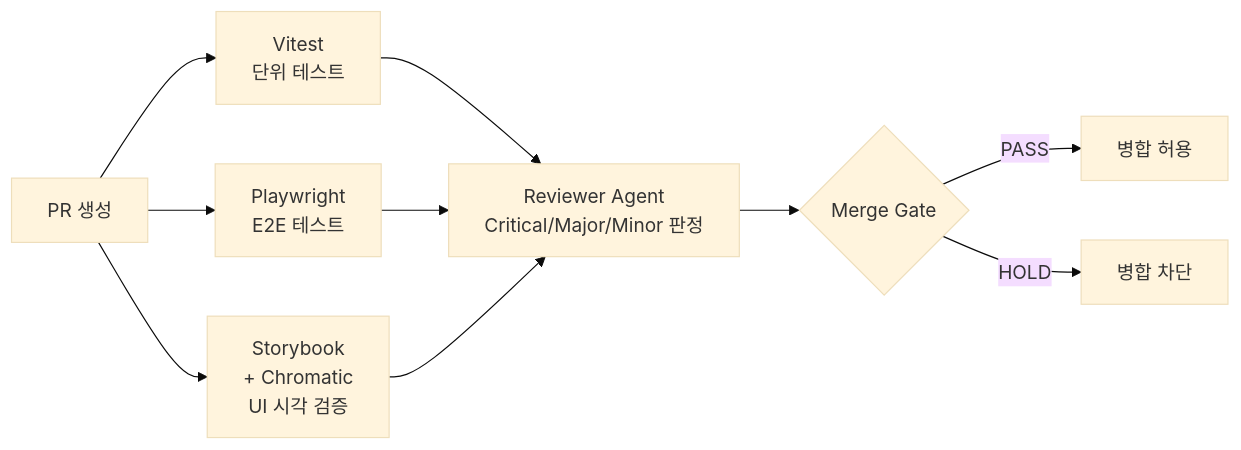
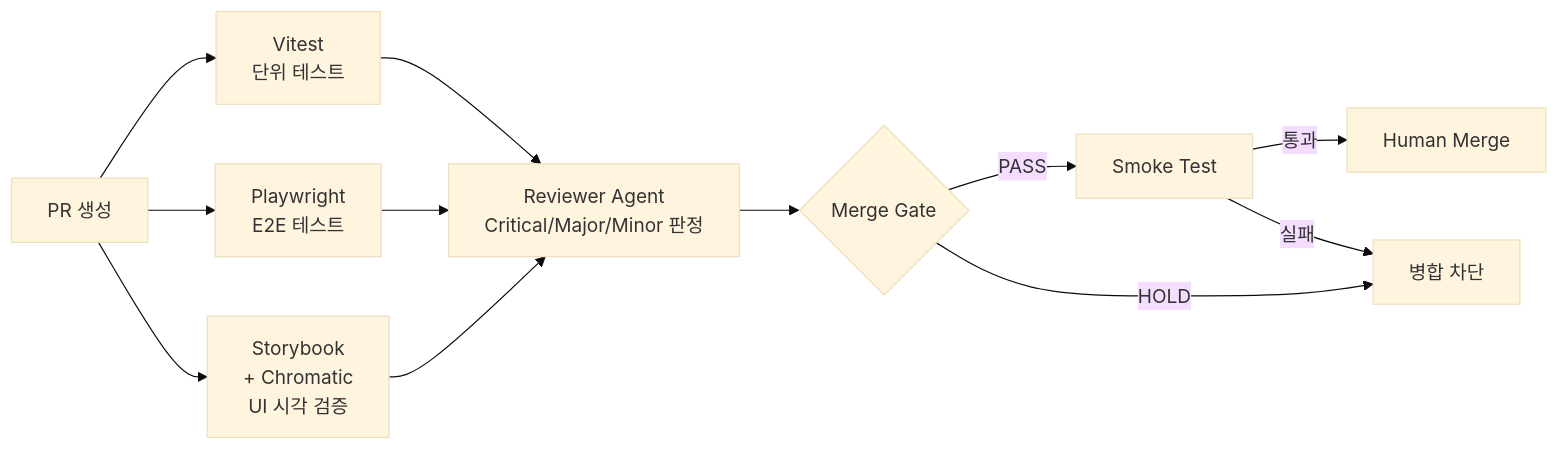
The diagram in docs/quality/merge-gate-ci.md (kyungchan3007/-portfolio), drawn with Mermaid (base theme) before and after one commit. The commit also changed other lines of this file and 10 other files, not shown here.

````diff
--- a/docs/quality/merge-gate-ci.md
+++ b/docs/quality/merge-gate-ci.md
@@ -28,21 +29,24 @@
 ```mermaid
 graph LR
     PR[PR 생성]
     Vitest[Vitest\n단위 테스트]
     Playwright[Playwright\nE2E 테스트]
     Storybook[Storybook\n+ Chromatic\nUI 시각 검증]
     Reviewer[Reviewer Agent\nCritical/Major/Minor 판정]
     Gate{Merge Gate}
-    Merge[병합 허용]
+    Smoke[Smoke Test]
+    Human[Human Merge]
     Block[병합 차단]
 
     PR --> Vitest
     PR --> Playwright
     PR --> Storybook
     Vitest --> Reviewer
     Playwright --> Reviewer
     Storybook --> Reviewer
     Reviewer --> Gate
-    Gate -->|PASS| Merge
+    Gate -->|PASS| Smoke
     Gate -->|HOLD| Block
+    Smoke -->|통과| Human
+    Smoke -->|실패| Block
 ```
````
